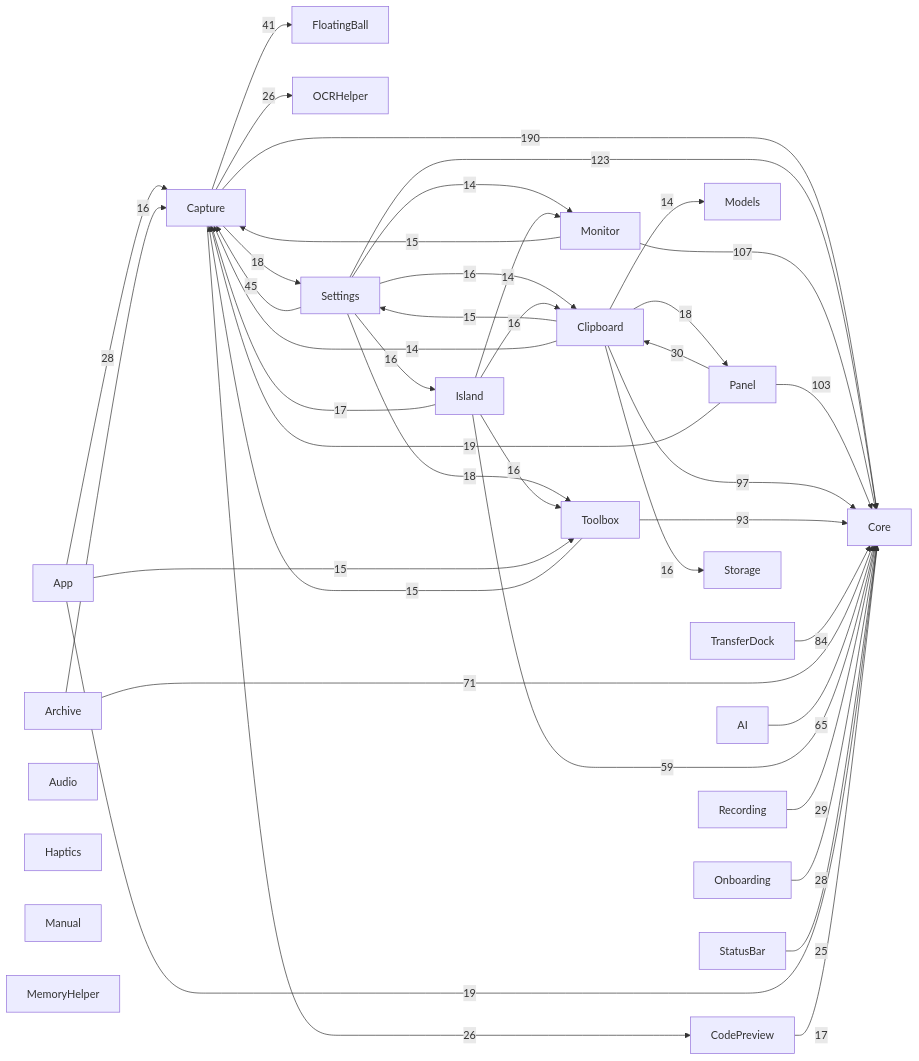
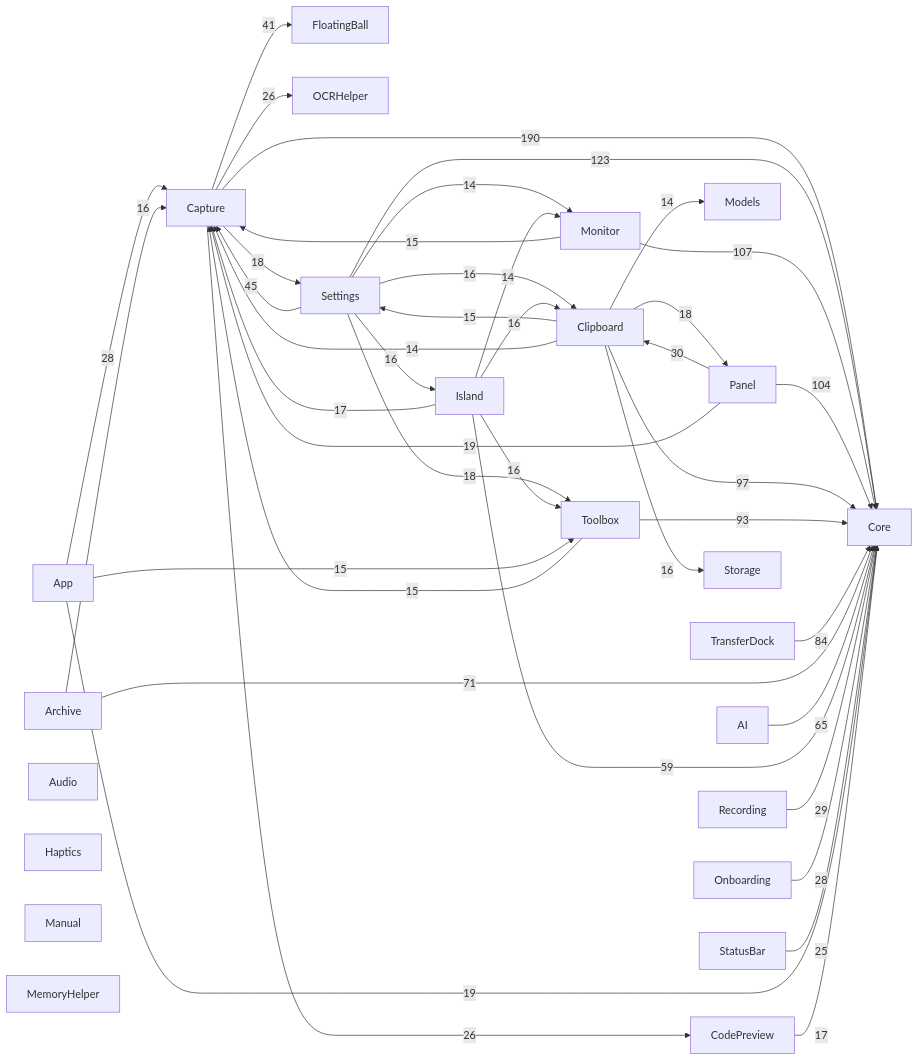
Before and after one commit to sxyq/Kitnest: the diagram in docs/00-总览/模块依赖图.md, drawn with Mermaid. The commit also changed other lines of this file and 14 other files, not shown here.

````diff
--- a/docs/00-总览/模块依赖图.md
+++ b/docs/00-总览/模块依赖图.md
@@ -38,67 +38,67 @@
 ```mermaid
 flowchart LR
   M0["AI"]
   M1["App"]
   M2["Archive"]
   M3["Audio"]
   M4["Capture"]
   M5["Clipboard"]
   M6["CodePreview"]
   M7["Core"]
   M8["FloatingBall"]
   M9["Haptics"]
   M10["Island"]
   M11["Manual"]
   M12["MemoryHelper"]
   M13["Models"]
   M14["Monitor"]
   M15["OCRHelper"]
   M16["Onboarding"]
   M17["Panel"]
   M18["Recording"]
   M19["Settings"]
   M20["StatusBar"]
   M21["Storage"]
   M22["Toolbox"]
   M23["TransferDock"]
   M4 -->|190| M7
   M19 -->|123| M7
   M14 -->|107| M7
-  M17 -->|103| M7
+  M17 -->|104| M7
   M5 -->|97| M7
   M22 -->|93| M7
   M23 -->|84| M7
   M2 -->|71| M7
   M0 -->|65| M7
   M10 -->|59| M7
   M19 -->|45| M4
   M4 -->|41| M8
   M17 -->|30| M5
   M18 -->|29| M7
   M1 -->|28| M4
   M16 -->|28| M7
   M4 -->|26| M15
   M4 -->|26| M6
   M20 -->|25| M7
   M1 -->|19| M7
   M17 -->|19| M4
   M19 -->|18| M22
   M4 -->|18| M19
   M5 -->|18| M17
   M6 -->|17| M7
   M10 -->|17| M4
   M19 -->|16| M5
   M19 -->|16| M10
   M2 -->|16| M4
   M10 -->|16| M22
   M10 -->|16| M5
   M5 -->|16| M21
   M1 -->|15| M22
   M14 -->|15| M4
   M22 -->|15| M4
   M5 -->|15| M19
   M19 -->|14| M14
   M10 -->|14| M14
   M5 -->|14| M4
   M5 -->|14| M13
 ```
````
